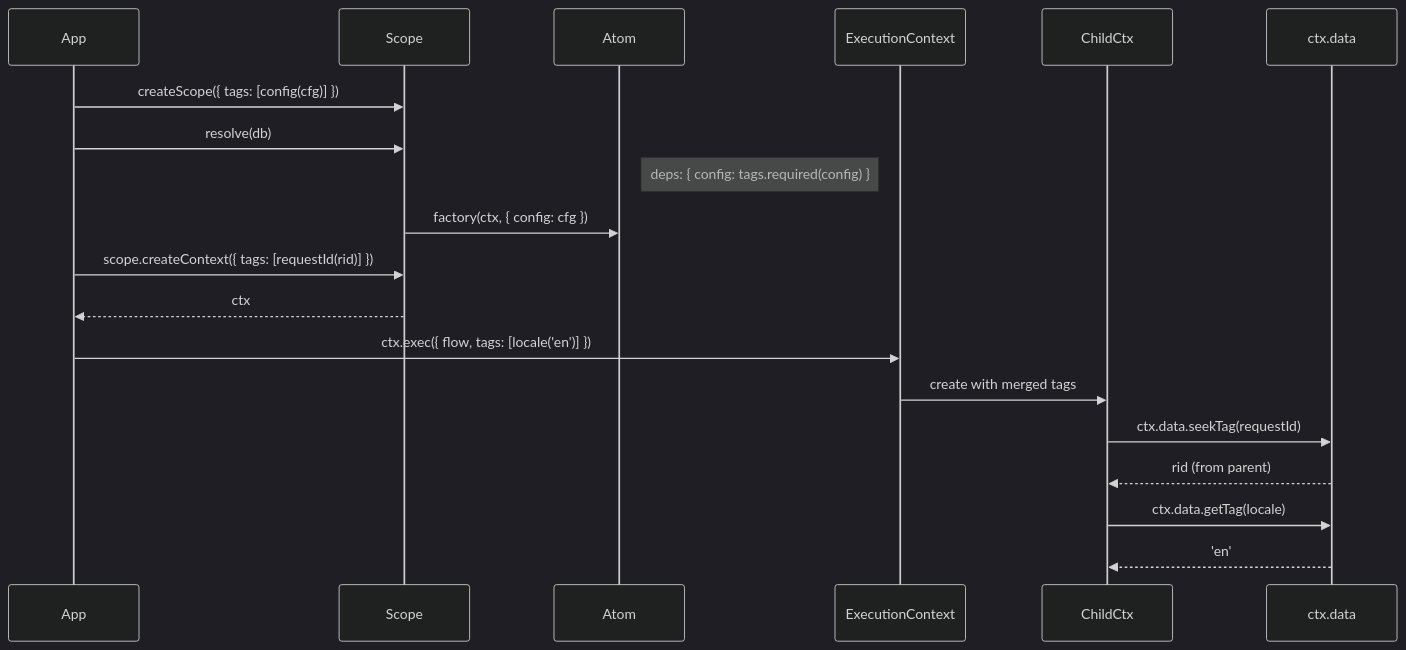
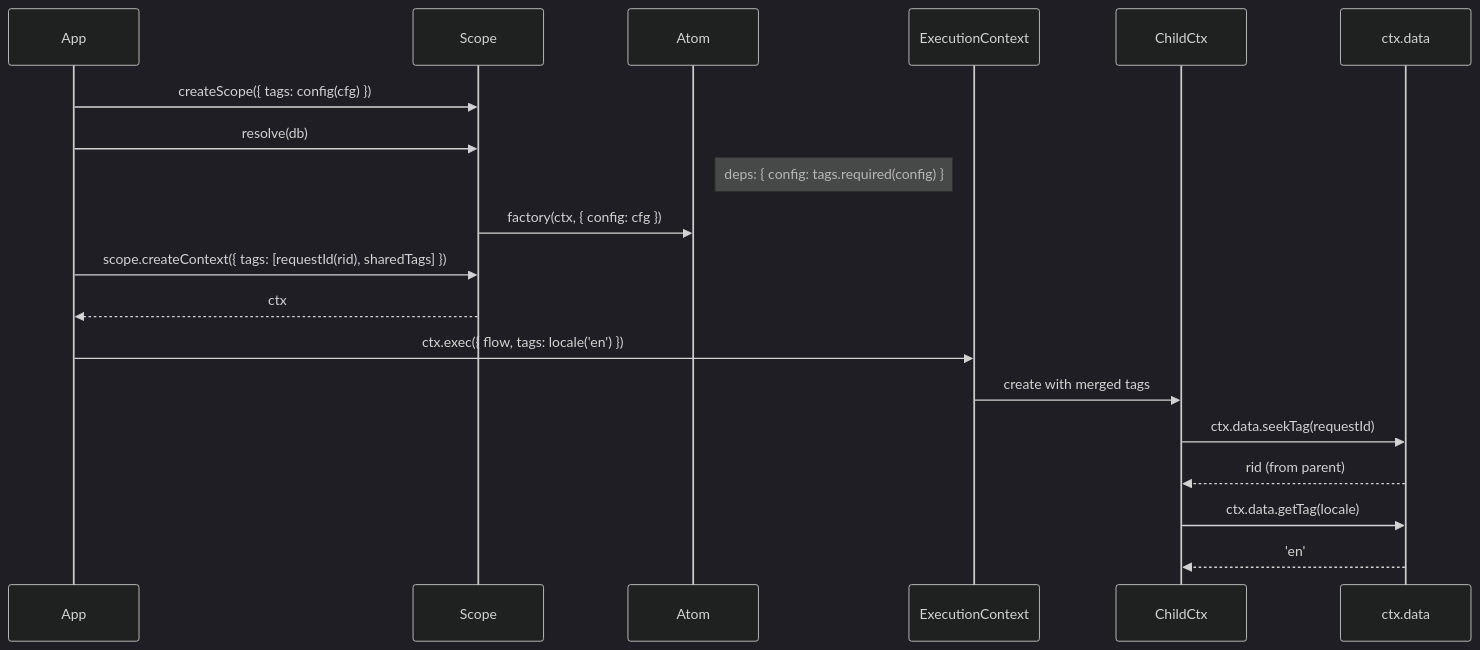
Before and after one commit to pumped-fn/pumped-fn: the sixth of 12 diagrams in pkg/core/lite/PATTERNS.md, drawn with Mermaid (dark theme). The commit also changed other lines of this file and 76 other files, not shown here.

````diff
--- a/pkg/core/lite/PATTERNS.md
+++ b/pkg/core/lite/PATTERNS.md
@@ -322,26 +324,26 @@
 ```mermaid
 sequenceDiagram
     participant App
     participant Scope
     participant Atom
     participant Ctx as ExecutionContext
     participant ChildCtx
     participant Data as ctx.data
 
-    App->>Scope: createScope({ tags: [config(cfg)] })
+    App->>Scope: createScope({ tags: config(cfg) })
     App->>Scope: resolve(db)
     Note right of Atom: deps: { config: tags.required(config) }
     Scope->>Atom: factory(ctx, { config: cfg })
 
-    App->>Scope: scope.createContext({ tags: [requestId(rid)] })
+    App->>Scope: scope.createContext({ tags: [requestId(rid), sharedTags] })
     Scope-->>App: ctx
 
-    App->>Ctx: ctx.exec({ flow, tags: [locale('en')] })
+    App->>Ctx: ctx.exec({ flow, tags: locale('en') })
     Ctx->>ChildCtx: create with merged tags
 
     ChildCtx->>Data: ctx.data.seekTag(requestId)
     Data-->>ChildCtx: rid (from parent)
 
     ChildCtx->>Data: ctx.data.getTag(locale)
     Data-->>ChildCtx: 'en'
 ```
````
